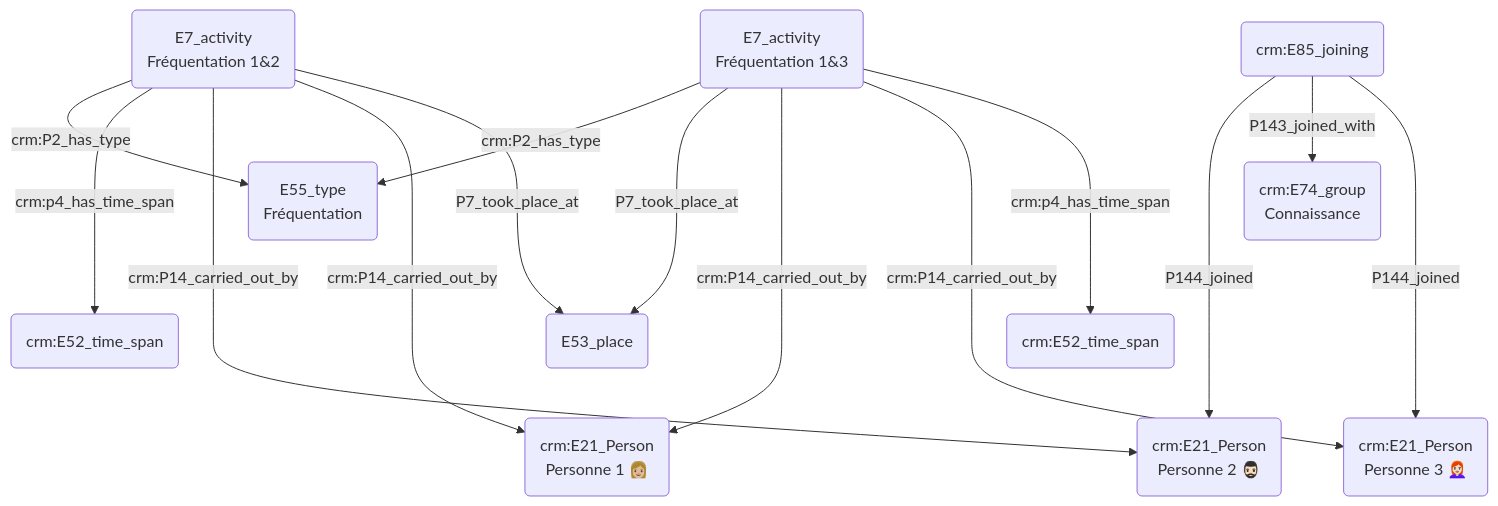
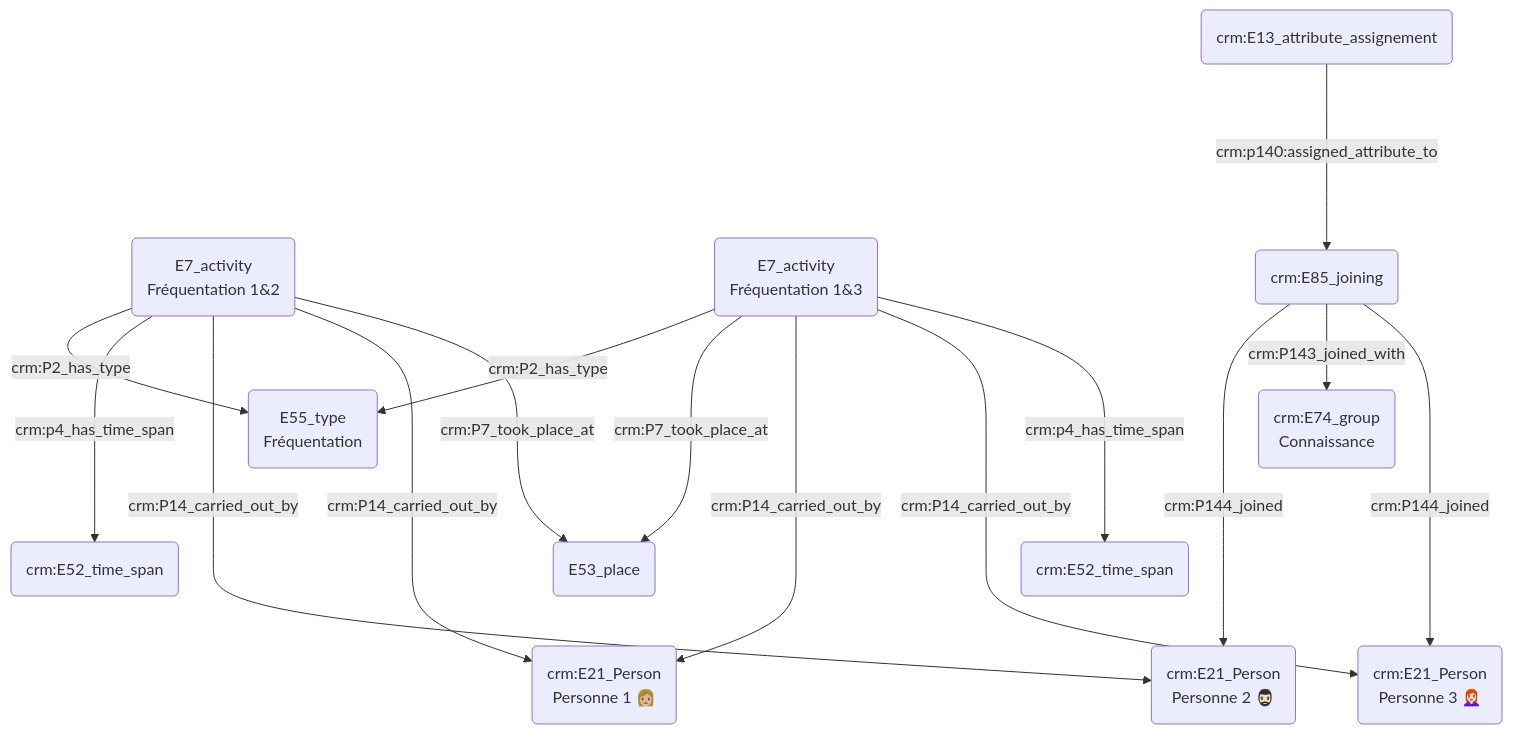
The third of 3 diagrams in modules/prosopographie/index.md (Amleth/consortium-musica2-gt2-ontologies), drawn with Mermaid before and after one commit. The commit also changed other lines of this file, not shown here.

````diff
--- a/modules/prosopographie/index.md
+++ b/modules/prosopographie/index.md
@@ -44,26 +44,25 @@
 ```mermaid
 graph TD;
 
 
 B(E7_activity<br>Fréquentation 1&2) -->|crm:P2_has_type| F(E55_type<br>Fréquentation)
 D(E7_activity<br>Fréquentation 1&3) -->|crm:P2_has_type| F(E55_type<br>Fréquentation)
 
 B(E7_activity<br>Fréquentation 1&2) ---> |crm:p4_has_time_span| I(crm:E52_time_span)
 
 B(E7_activity<br>Fréquentation 1&2) ---->|crm:P14_carried_out_by| C("crm:E21_Person<br>Personne 2 🧔🏻‍♂️")
 B(E7_activity<br>Fréquentation 1&2) ---->|crm:P14_carried_out_by| A("crm:E21_Person<br>Personne 1 👩🏼")
-D(E7_activity<br>Fréquentation 1&3) --->|P7_took_place_at| S(E53_place)
-B(E7_activity<br>Fréquentation 1&2) --->|P7_took_place_at| S(E53_place)
+D(E7_activity<br>Fréquentation 1&3) --->|crm:P7_took_place_at| S(E53_place)
+B(E7_activity<br>Fréquentation 1&2) --->|crm:P7_took_place_at| S(E53_place)
 D(E7_activity<br>Fréquentation 1&3) ---->|crm:P14_carried_out_by| A("crm:E21_Person<br>Personne 1 👩🏼")
 D(E7_activity<br>Fréquentation 1&3) ---->|crm:P14_carried_out_by| E("crm:E21_Person<br>Personne 3 👩🏻‍🦰")
 
 D(E7_activity<br>Fréquentation 1&3) ---> |crm:p4_has_time_span| N(crm:E52_time_span)
 
-G(crm:E85_joining) ---->|P144_joined| C("crm:E21_Person<br>Personne 2 🧔🏻‍♂️")
+G(crm:E85_joining) ---->|crm:P144_joined| C("crm:E21_Person<br>Personne 2 🧔🏻‍♂️")
+G(crm:E85_joining) -->|crm:P143_joined_with| H(crm:E74_group<br>Connaissance)
+G(crm:E85_joining) ---->|crm:P144_joined| E("crm:E21_Person<br>Personne 3 👩🏻‍🦰")
 
-G(crm:E85_joining) -->|P143_joined_with| H(crm:E74_group<br>Connaissance)
-
-
-G(crm:E85_joining) ---->|P144_joined| E("crm:E21_Person<br>Personne 3 👩🏻‍🦰")
+O(crm:E13_attribute_assignement) ---->|crm:p140:assigned_attribute_to| G(crm:E85_joining)
 
 ```
````
